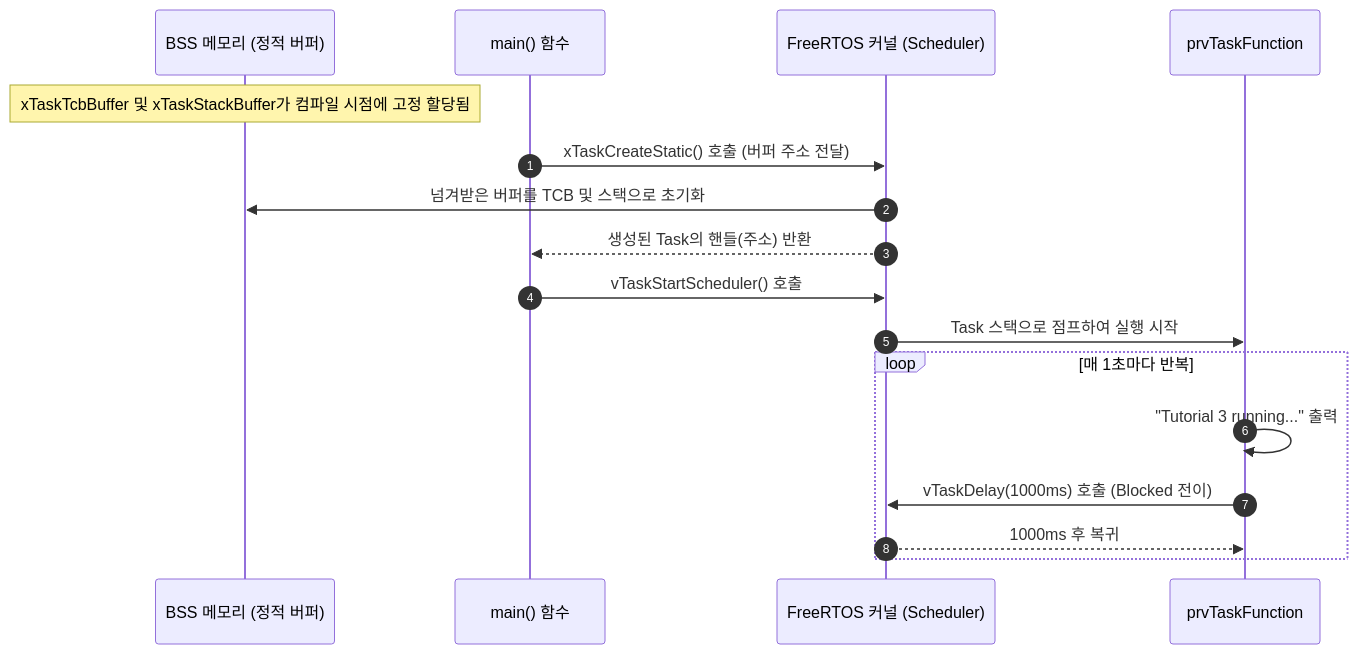
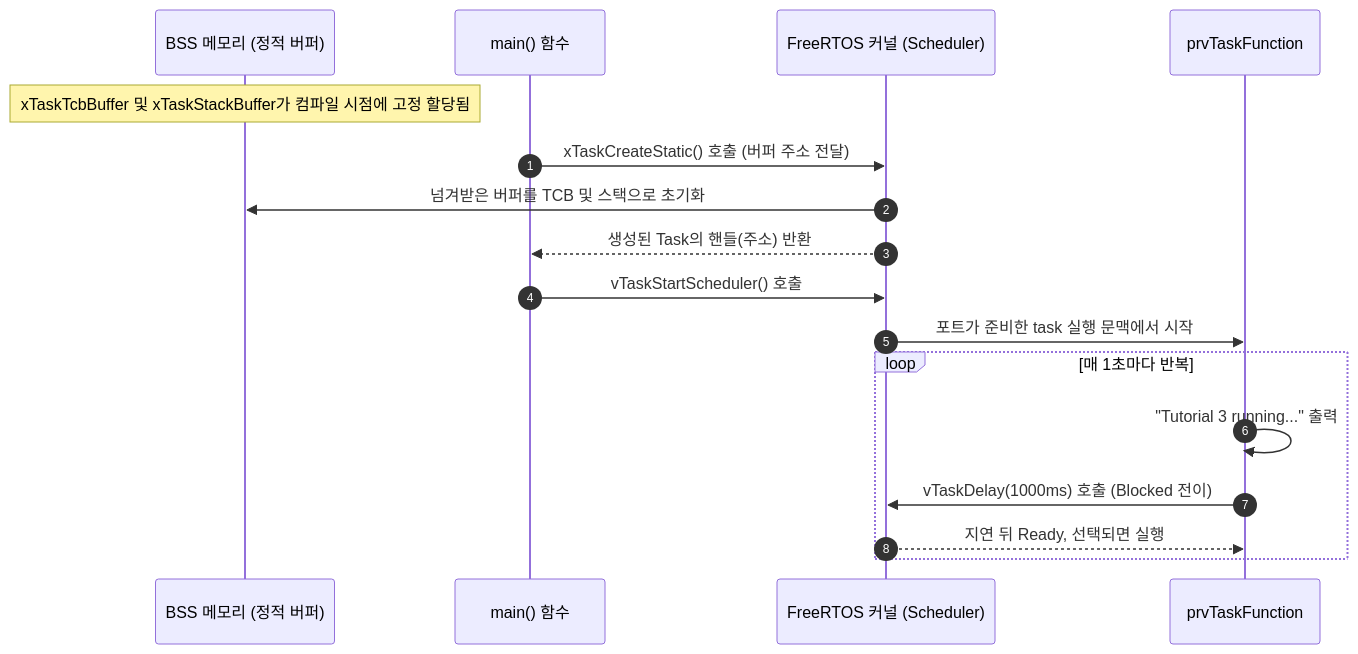
One commit to yunju-baek/FreeRTOS-Tutorials-ko changed the second of 2 diagrams in ko/guides/tutorial_3.md. Above: the diagram before and after it, drawn with Mermaid. The commit also changed other lines of this file and 37 other files, not shown here.

````diff
--- a/ko/guides/tutorial_3.md
+++ b/ko/guides/tutorial_3.md
@@ -64,20 +67,20 @@
 ```mermaid
 sequenceDiagram
     autonumber
     participant RAM as BSS 메모리 (정적 버퍼)
     participant Main as main() 함수
     participant Kernel as FreeRTOS 커널 (Scheduler)
     participant Task as prvTaskFunction
 
     Note over RAM: xTaskTcbBuffer 및 xTaskStackBuffer가 컴파일 시점에 고정 할당됨
     Main->>Kernel: xTaskCreateStatic() 호출 (버퍼 주소 전달)
     Kernel->>RAM: 넘겨받은 버퍼를 TCB 및 스택으로 초기화
     Kernel-->>Main: 생성된 Task의 핸들(주소) 반환
     Main->>Kernel: vTaskStartScheduler() 호출
-    Kernel->>Task: Task 스택으로 점프하여 실행 시작
+    Kernel->>Task: 포트가 준비한 task 실행 문맥에서 시작
     loop 매 1초마다 반복
         Task->>Task: "Tutorial 3 running..." 출력
         Task->>Kernel: vTaskDelay(1000ms) 호출 (Blocked 전이)
-        Kernel-->>Task: 1000ms 후 복귀
+        Kernel-->>Task: 지연 뒤 Ready, 선택되면 실행
     end
 ```
````
